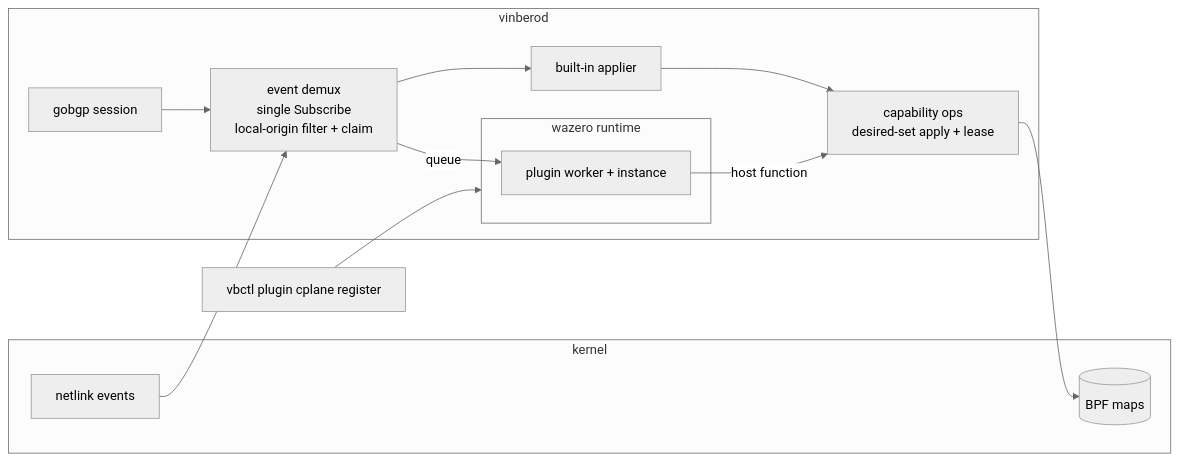
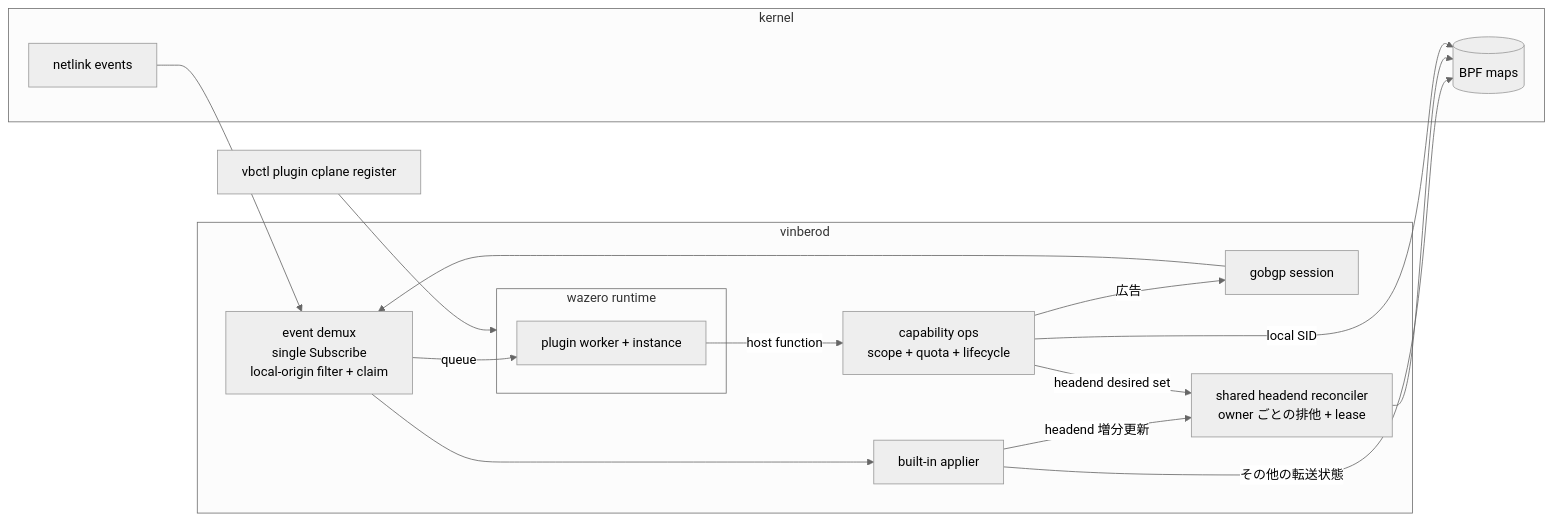
Before and after one commit to takehaya/Vinbero: the second of 4 diagrams in docs/design/ja/cplane-plugin.md, drawn with Mermaid (neutral theme). The commit also changed other lines of this file and 17 other files, not shown here.

````diff
--- a/docs/design/ja/cplane-plugin.md
+++ b/docs/design/ja/cplane-plugin.md
@@ -68,26 +72,31 @@
 ```mermaid
 flowchart LR
     subgraph kernel
         MAPS[(BPF maps)]
         NL[netlink events]
     end
 
     subgraph vinberod
         GOBGP[gobgp session]
         DEMUX[event demux<br>single Subscribe<br>local-origin filter + claim]
         APPLIER[built-in applier]
-        OPS[capability ops<br>desired-set apply + lease]
+        OPS[capability ops<br>scope + quota + lifecycle]
+        HEADEND[shared headend reconciler<br>owner ごとの排他 + lease]
         subgraph RT[wazero runtime]
             W1[plugin worker + instance]
         end
         GOBGP --> DEMUX
         NL --> DEMUX
         DEMUX --> APPLIER
         DEMUX -->|queue| W1
-        APPLIER --> OPS
+        APPLIER -->|headend 増分更新| HEADEND
+        APPLIER -->|その他の転送状態| MAPS
         W1 -->|host function| OPS
-        OPS --> MAPS
+        OPS -->|headend desired set| HEADEND
+        HEADEND --> MAPS
+        OPS -->|local SID| MAPS
+        OPS -->|広告| GOBGP
     end
 
     CLI[vbctl plugin cplane register] --> RT
 ```
````
